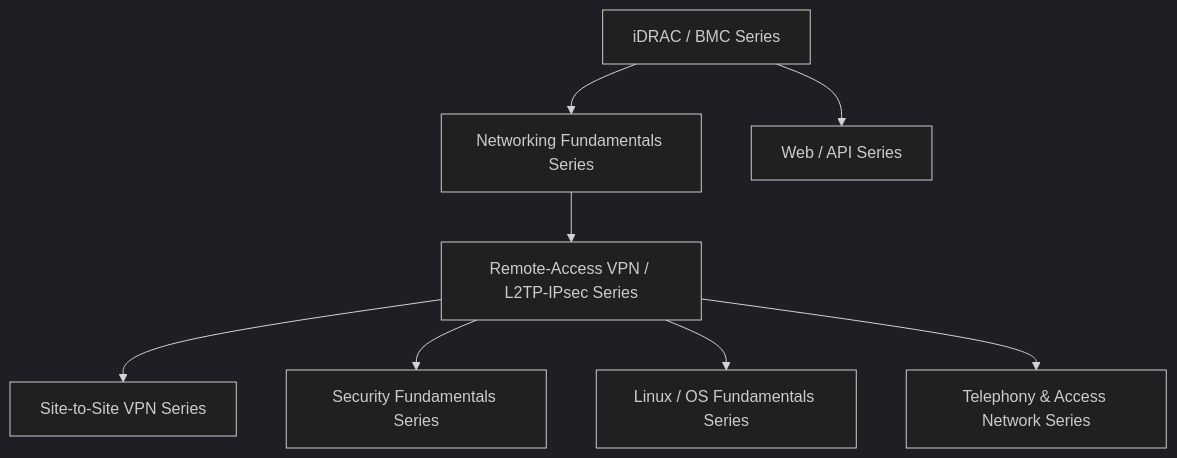
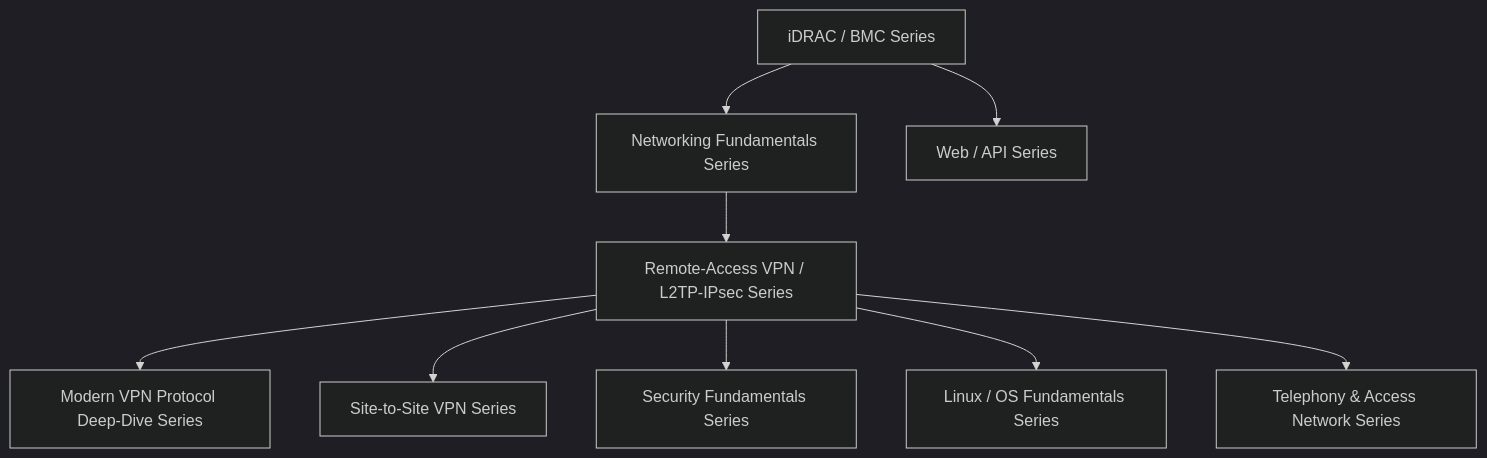
Before and after one commit to koikoi1998/koikoi-blog-20260723: the diagram in src/pages/en/sitemap.md, drawn with Mermaid (dark theme). The commit also changed other lines of this file and 21 other files, not shown here.

````diff
--- a/src/pages/en/sitemap.md
+++ b/src/pages/en/sitemap.md
@@ -22,19 +22,21 @@
 ```mermaid
 graph TB
     Idrac["iDRAC / BMC Series"]
     Network["Networking Fundamentals Series"]
     Vpn["Remote-Access VPN / L2TP-IPsec Series"]
+    ModernVpn["Modern VPN Protocol Deep-Dive Series"]
     SiteToSite["Site-to-Site VPN Series"]
     Security["Security Fundamentals Series"]
     Linux["Linux / OS Fundamentals Series"]
     Telephony["Telephony & Access Network Series"]
     Api["Web / API Series"]
 
     Idrac --> Network
     Idrac --> Api
     Network --> Vpn
+    Vpn --> ModernVpn
     Vpn --> SiteToSite
     Vpn --> Security
     Vpn --> Linux
     Vpn --> Telephony
 ```
````
